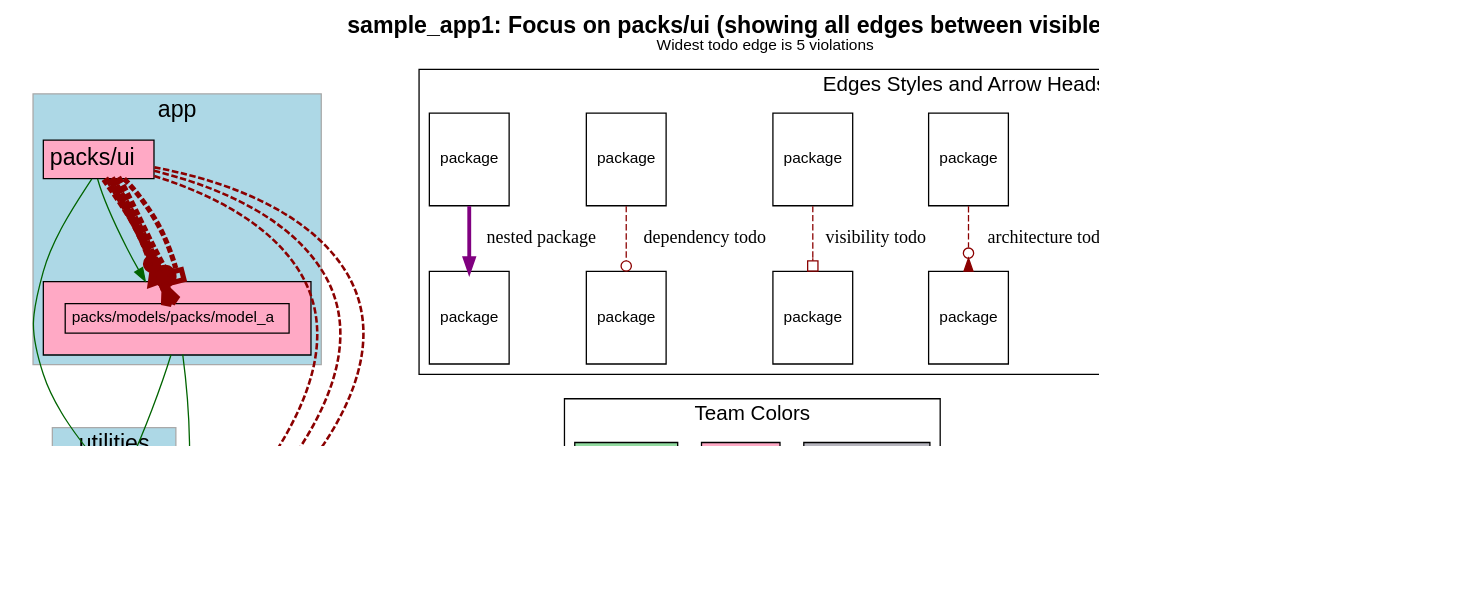
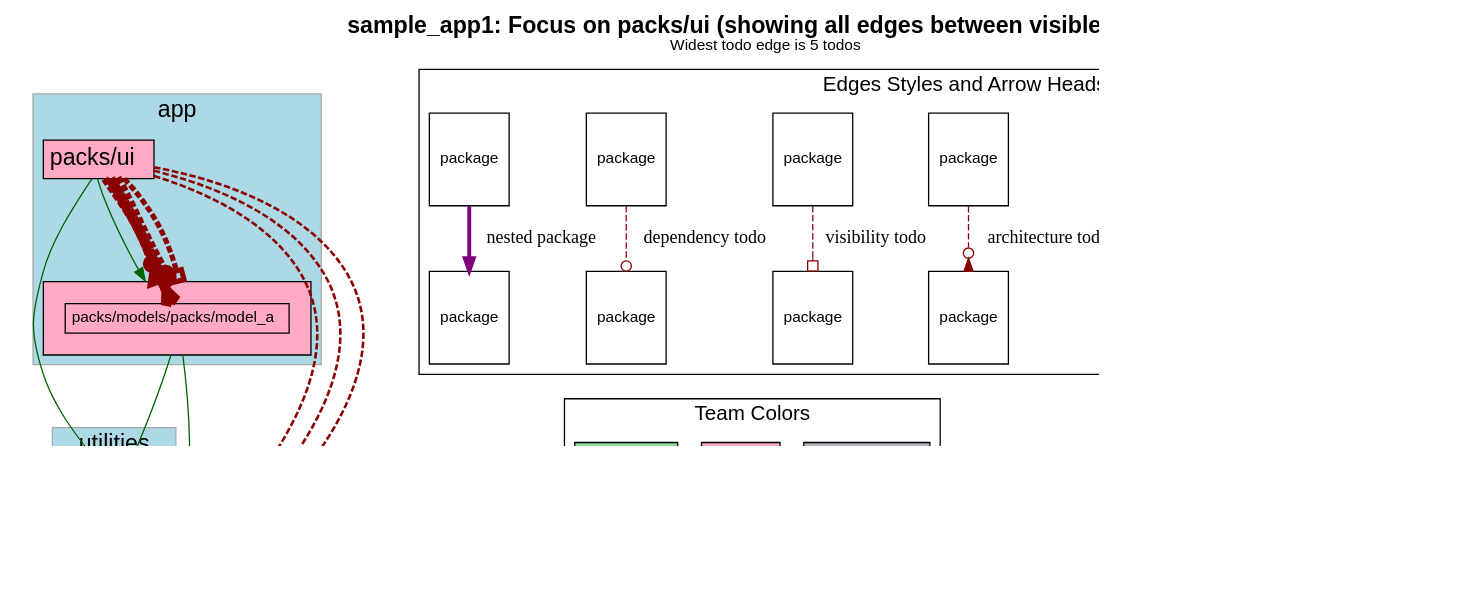
Before and after one commit to rubyatscale/visualize_packs: the diagram in spec/sample_app1/test_output/focussed_on_packs_ui.dot, drawn with Graphviz. The commit also changed 16 other files, not shown here.

First line of the commit message:
Cleanup usage of todos vs violations (#34)

```diff
--- a/spec/sample_app1/test_output/focussed_on_packs_ui.dot
+++ b/spec/sample_app1/test_output/focussed_on_packs_ui.dot
@@ -1,192 +1,192 @@
 digraph package_diagram {
   rankdir=TD
   graph [
     labelloc="t"
     fontname="Helvetica,Arial,sans-serif"
     dpi=100
     layout=dot
-    label=<<b>sample_app1: Focus on packs/ui (showing all edges between visible packs)</b><br/><font point-size='12'>Widest todo edge is 5 violations</font>>
+    label=<<b>sample_app1: Focus on packs/ui (showing all edges between visible packs)</b><br/><font point-size='12'>Widest todo edge is 5 todos</font>>
     fontsize=18
   ]
   node [
     fontname="Helvetica,Arial,sans-serif"
     fontsize=26.0
     fontcolor=black
     fillcolor=white
     color=black
     height=1.0
     style=filled
     shape=plain
   ]
     subgraph app {
       shape=box
       color=darkgrey
       fillcolor=lightblue
       style=filled
         label="app"
         cluster=true
         rank = 0        "packs/models/packs/model_a" [
             fontsize=12.0
               URL="https://github.com/rubyatscale/visualize_packwerk/tree/main/spec/sample_app/packs/models/packs/model_a"
 
               style=filled
               fillcolor="#FFA9C5"
             label= <
                 <table border='0' cellborder='1' cellspacing='0' cellpadding='16'><tr><td>
                   <table border='0' cellborder='1' cellspacing='0' cellpadding='4'>
                     <tr> <td port='private'> packs/models/packs/model_a </td> </tr>
                   </table>
                 </td></tr></table>
               >
           ]
         
         "packs/ui" [
             fontsize=18.0
               URL="https://github.com/rubyatscale/visualize_packwerk/tree/main/spec/sample_app/packs/ui"
 
               style=filled
               fillcolor="#FFA9C5"
             label= <
                 <table border='0' cellborder='1' cellspacing='0' cellpadding='4'>
                   <tr> <td align='left'> packs/ui </td> </tr>
                 </table>
               >
           ]
         
     }
     subgraph utilities {
       shape=box
       color=darkgrey
       fillcolor=lightblue
       style=filled
         label="utilities"
         cluster=true
         rank = 1        "packs/utility" [
             fontsize=12.0
               URL="https://github.com/rubyatscale/visualize_packwerk/tree/main/spec/sample_app/packs/utility"
 
               style=filled
               fillcolor="#91DBA0"
             label= <
                 <table border='0' cellborder='1' cellspacing='0' cellpadding='4'>
                   <tr> <td align='left'> packs/utility </td> </tr>
                 </table>
               >
           ]
         
     }
               "packs/models/packs/model_a" -> "packs/utility" [ style=invis ]
               "packs/ui" -> "packs/utility" [ style=invis ]
     subgraph NotInLayer {
       shape=box
       color=darkgrey
       fillcolor=lightblue
       style=filled
         cluster=false
         "." [
             fontsize=12.0
               URL="https://github.com/rubyatscale/visualize_packwerk/tree/main/spec/sample_app/"
 
               style=filled
               fillcolor="#B5B4BD"
             label= <
                 <table border='0' cellborder='1' cellspacing='0' cellpadding='4'>
                   <tr> <td align='left'> . </td> </tr>
                 </table>
               >
           ]
         
     }
               "packs/utility" -> "." [ style=invis ]
           "packs/models/packs/model_a" -> "packs/utility" [ color=darkgreen ]
           "packs/models/packs/model_a" -> "." [ color=darkgreen ]
           "packs/ui" -> "packs/models/packs/model_a" [ color=darkgreen ]
           "packs/ui" -> "packs/utility" [ color=darkgreen ]
             "packs/ui" -> "." [ color=darkred style=dashed
               constraint=false
               # headlabel="dependency"
                 arrowhead=odot
               penwidth=2            ]
             "packs/ui" -> "." [ color=darkred style=dashed
               constraint=false
               # headlabel="architecture"
                 arrowhead=invodot
               penwidth=2            ]
             "packs/ui" -> "." [ color=darkred style=dashed
               constraint=false
               # headlabel="visibility"
                 arrowhead=obox
               penwidth=2            ]
             "packs/ui" -> "packs/models/packs/model_a" [ color=darkred style=dashed
               constraint=false
               # headlabel="dependency"
                 arrowhead=odot
               penwidth=10            ]
             "packs/ui" -> "packs/models/packs/model_a":private [ color=darkred style=dashed
               constraint=false
               # headlabel="privacy"
                 arrowhead=crow
               penwidth=8            ]
             "packs/ui" -> "packs/models/packs/model_a" [ color=darkred style=dashed
               constraint=false
               # headlabel="architecture"
                 arrowhead=invodot
               penwidth=6            ]
             "packs/ui" -> "packs/models/packs/model_a" [ color=darkred style=dashed
               constraint=false
               # headlabel="visibility"
                 arrowhead=obox
               penwidth=4            ]
     subgraph cluster_legend {
       fontsize=16
       label="Edges Styles and Arrow Heads"
       A [ fontsize=12 shape=box label="package"]
       B [ fontsize=12 shape=box label="package"]
       C [ fontsize=12 shape=box label="package"]
       D [ fontsize=12 shape=box label="package"]
       E [ fontsize=12 shape=box label="package"]
       F [ fontsize=12 shape=box label="package"]
       G [ fontsize=12 shape=box label="package"]
       H [ fontsize=12 shape=box label="package"]
       I [ fontsize=12 shape=box label="package"]
       J [ fontsize=12 shape=box label="package"]
       K [ fontsize=12 shape=box label="package"]
       L [ fontsize=12 shape=box label="package"]
       A -> B [label="accepted dependency" color=darkgreen]
       C -> D [label="privacy todo" color=darkred style=dashed arrowhead=crow]
       E -> F [label="architecture todo" color=darkred style=dashed arrowhead=invodot]
       G -> H [label="visibility todo" color=darkred style=dashed arrowhead=obox]
       I -> J [label="dependency todo" color=darkred style=dashed arrowhead=odot]
       K -> L [label="nested package" color=purple penwidth=3]
     }
   subgraph cluster_teams_legend {
     fontsize=16
     label="Team Colors"
 
       "ProdInfra TeamProdInfra Team" [
         label="ProdInfra Team"
         style=filled
         fillcolor="#B5B4BD"
         fontsize=12
         shape=box
       ]
 
       "UI TeamUI Team" [
         label="UI Team"
         style=filled
         fillcolor="#FFA9C5"
         fontsize=12
         shape=box
       ]
 
       "Utility TeamUtility Team" [
         label="Utility Team"
         style=filled
         fillcolor="#91DBA0"
         fontsize=12
         shape=box
       ]
 
   }
     J -> "Utility TeamUtility Team" [style=invis]
 }
```
